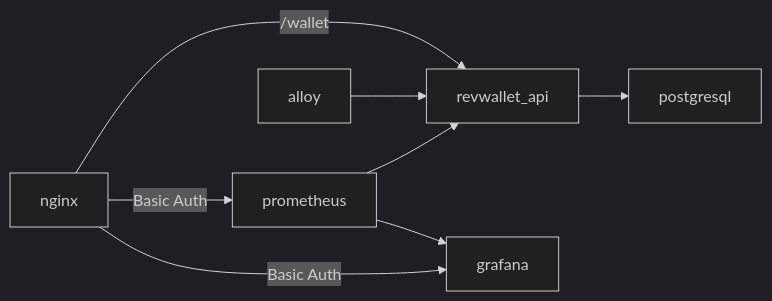
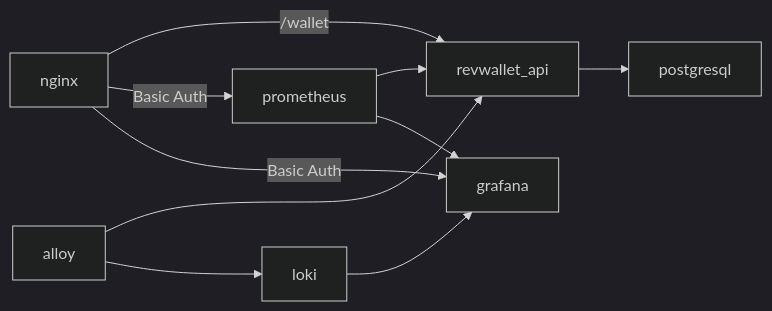
One commit to arthurjguerra/revwallet changed the diagram in README.md. Above: the diagram before and after it, drawn with Mermaid (dark theme).

Commit message:
feat: add arch diagram

````diff
--- a/README.md
+++ b/README.md
@@ -6,10 +6,12 @@
 ```mermaid
 flowchart LR
   nginx -- /wallet --> revwallet_api
   nginx -- Basic Auth --> prometheus
   nginx -- Basic Auth --> grafana
   revwallet_api --> postgresql
   alloy --> revwallet_api
+  alloy --> loki
   prometheus --> revwallet_api
   prometheus --> grafana
+  loki --> grafana
 ```
````
